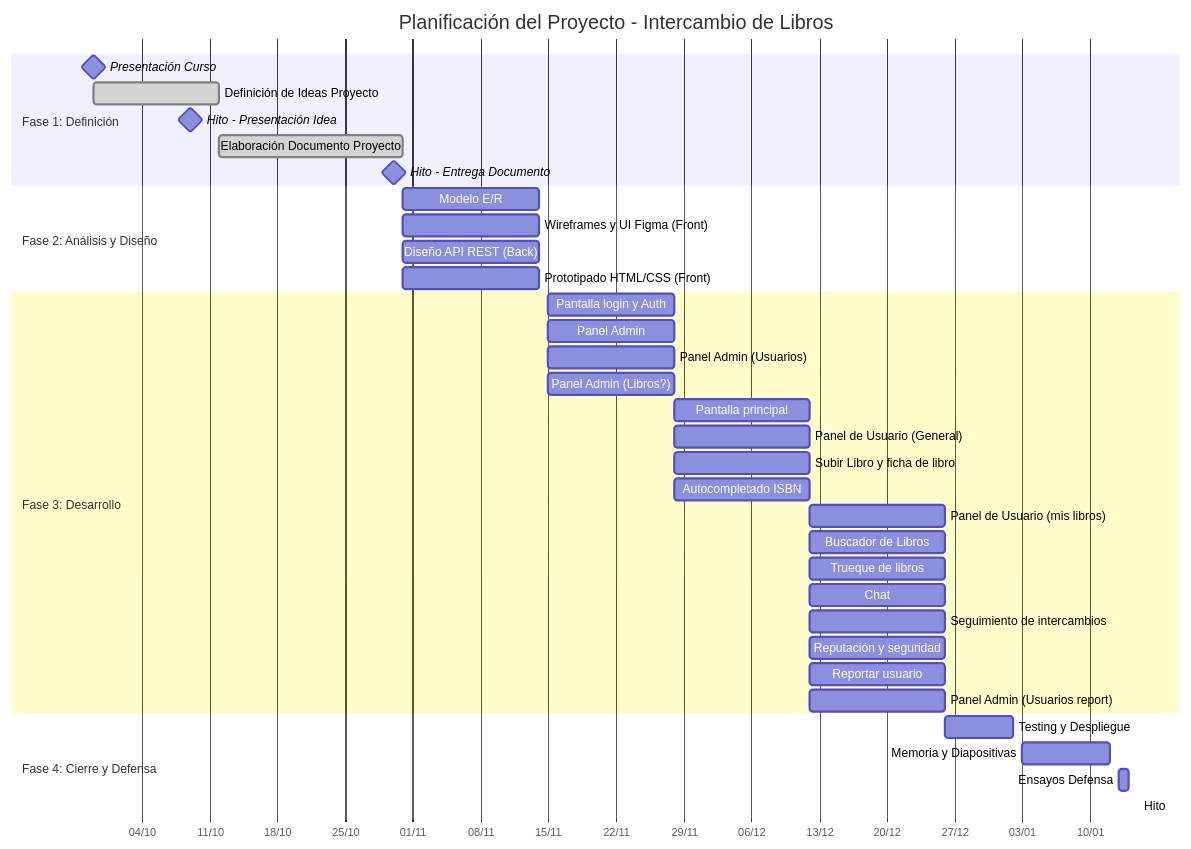
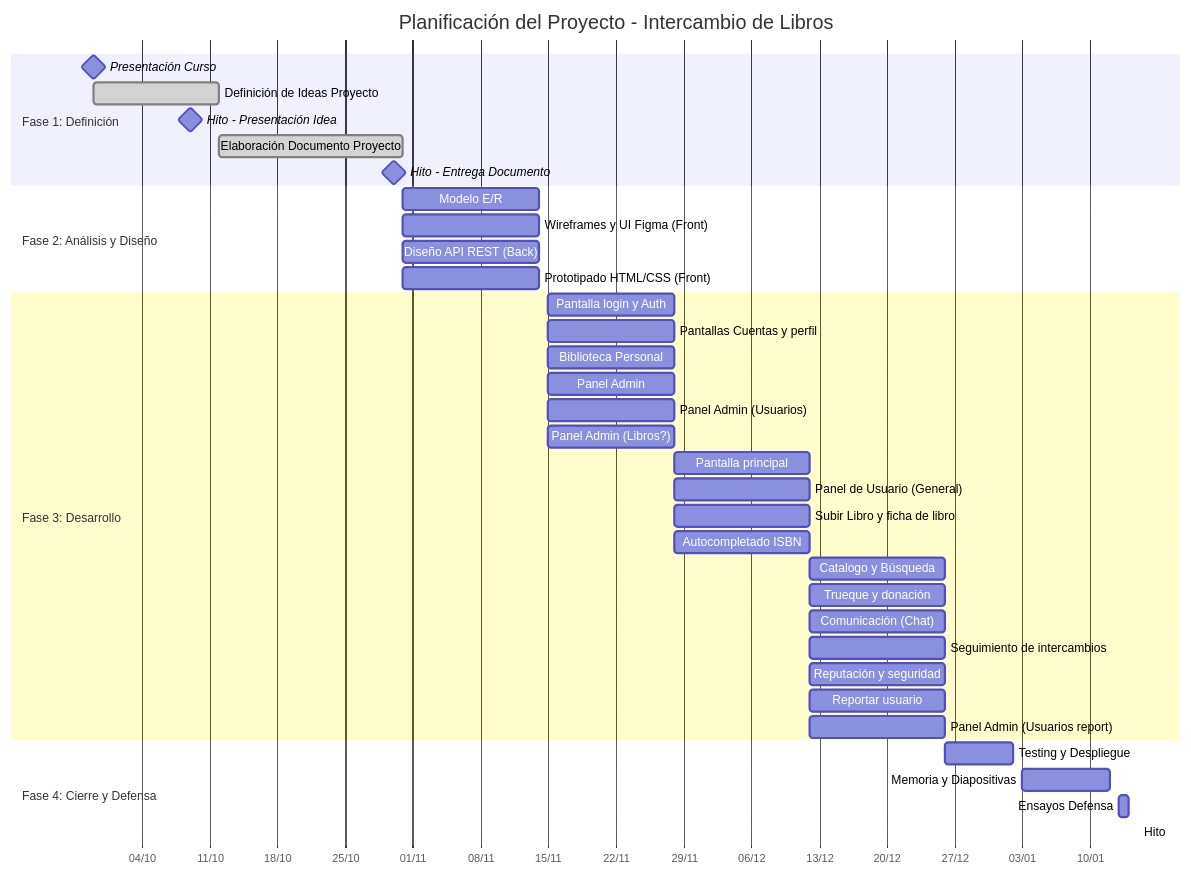
One commit to librolibre/librolibre changed the diagram in README.md. Above: the diagram before and after it, drawn with Mermaid.

Commit message:
Podemos subir a dev?

````diff
--- a/README.md
+++ b/README.md
@@ -13,43 +13,44 @@
 ```mermaid
 gantt
     title Planificación del Proyecto - Intercambio de Libros
     dateFormat  YYYY-MM-DD
     axisFormat %d/%m
     
     section Fase 1: Definición
     Presentación Curso              :milestone, 2026-09-29, 0d
     Definición de Ideas Proyecto    :done, 2026-09-29, 2026-10-12
     Hito - Presentación Idea        :milestone, 2026-10-09, 0d
     Elaboración Documento Proyecto  :done, 2026-10-12, 2026-10-31
     Hito - Entrega Documento        :milestone, 2026-10-30, 0d
 
     section Fase 2: Análisis y Diseño
     Modelo E/R                      :2026-10-31, 2026-11-14
     Wireframes y UI Figma (Front)   :2026-10-31, 2026-11-14
     Diseño API REST (Back)          :2026-10-31, 2026-11-14
     Prototipado HTML/CSS (Front)    :2026-10-31, 2026-11-14
 
     section Fase 3: Desarrollo
     Pantalla login y Auth           :2026-11-15, 2026-11-28
+    Pantallas Cuentas y perfil      :2026-11-15, 2026-11-28
+    Biblioteca Personal             :2026-11-15, 2026-11-28
     Panel Admin                     :2026-11-15, 2026-11-28
     Panel Admin (Usuarios)          :2026-11-15, 2026-11-28
     Panel Admin (Libros?)           :2026-11-15, 2026-11-28
     Pantalla principal              :2026-11-28, 2026-12-12
     Panel de Usuario (General)      :2026-11-28, 2026-12-12
     Subir Libro y ficha de libro    :2026-11-28, 2026-12-12
     Autocompletado ISBN             :2026-11-28, 2026-12-12
-    Panel de Usuario (mis libros)   :2026-12-12, 2026-12-26
-    Buscador de Libros              :2026-12-12, 2026-12-26
-    Trueque de libros               :2026-12-12, 2026-12-26
-    Chat                            :2026-12-12, 2026-12-26
+    Catalogo y Búsqueda             :2026-12-12, 2026-12-26
+    Trueque y donación              :2026-12-12, 2026-12-26
+    Comunicación (Chat)             :2026-12-12, 2026-12-26
     Seguimiento de intercambios     :2026-12-12, 2026-12-26
     Reputación y seguridad          :2026-12-12, 2026-12-26
     Reportar usuario                :2026-12-12, 2026-12-26
     Panel Admin (Usuarios report)   :2026-12-12, 2026-12-26
 
     section Fase 4: Cierre y Defensa
     Testing y Despliegue           :2026-12-26, 2027-01-02
     Memoria y Diapositivas         :2027-01-03, 2027-01-12
     Ensayos Defensa                :2027-01-13, 2027-01-14
     Hito: Defensa Oral             :milestone, 2027-01-15, 0d
 ```
````
